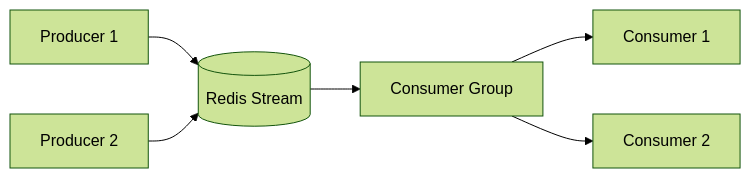
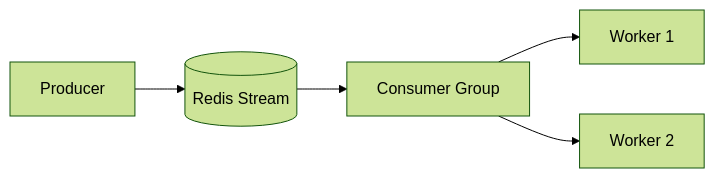
Before and after one commit to AvadhBhalodiya/Interview-Preparation: the fourth of 5 diagrams in src/content/caching/redis-use-cases.md, drawn with Mermaid (forest theme). The commit also changed other lines of this file and 54 other files, not shown here.

````diff
--- a/src/content/caching/redis-use-cases.md
+++ b/src/content/caching/redis-use-cases.md
@@ -528,9 +313,7 @@
 ```mermaid
 flowchart LR
-    P1[Producer 1] --> S[(Redis Stream)]
-    P2[Producer 2] --> S
-
-    S --> CG[Consumer Group]
-    CG --> C1[Consumer 1]
-    CG --> C2[Consumer 2]
+    P[Producer] --> S[(Redis Stream)]
+    S --> G[Consumer Group]
+    G --> W1[Worker 1]
+    G --> W2[Worker 2]
 ```
````
